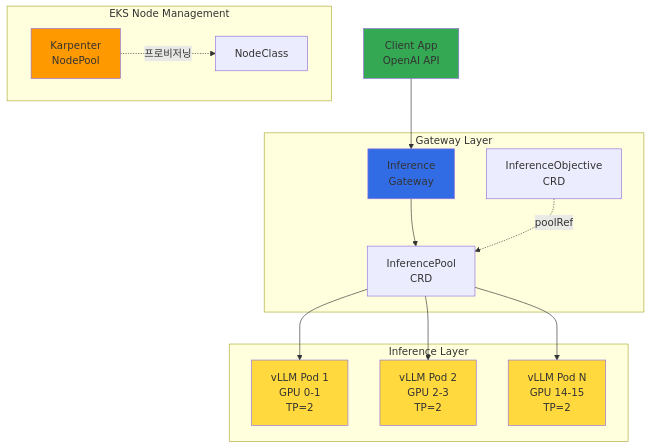
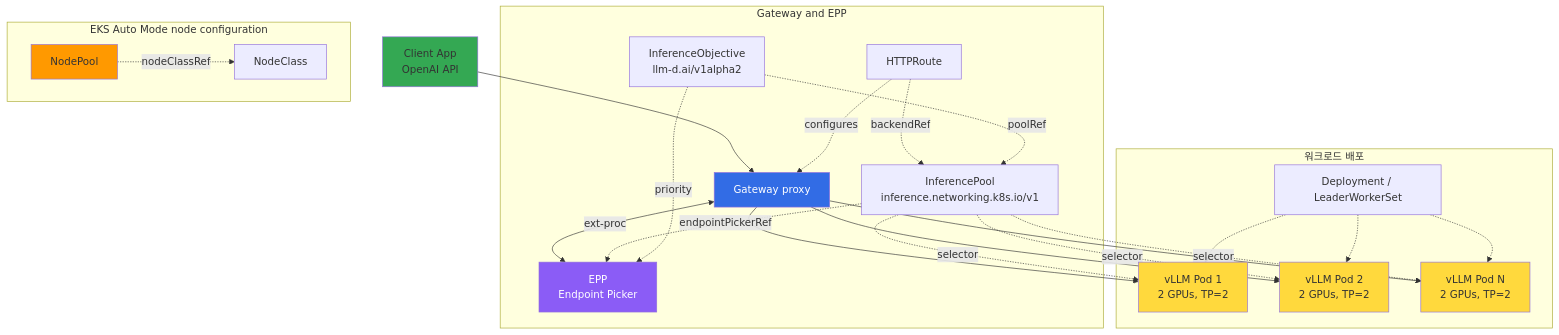
One commit to devfloor9/engineering-playbook changed the first of 4 diagrams in docs/agentic-ai-platform/model-serving/inference-frameworks/llm-d-eks-automode.md. Above: the diagram before and after it, drawn with Mermaid. The commit also changed other lines of this file and 10 other files, not shown here.

First line of the commit message:
docs: reconcile llm-d routing and workload guidance

````diff
--- a/docs/agentic-ai-platform/model-serving/inference-frameworks/llm-d-eks-automode.md
+++ b/docs/agentic-ai-platform/model-serving/inference-frameworks/llm-d-eks-automode.md
@@ -74,36 +75,45 @@
 ```mermaid
 flowchart TB
     CLIENT[Client App<br/>OpenAI API]
-
-    subgraph Gateway["Gateway Layer"]
-        GW[Inference<br/>Gateway]
-        IO[InferenceObjective<br/>CRD]
-        IP[InferencePool<br/>CRD]
+    subgraph Routing["Gateway and EPP"]
+        GW[Gateway proxy]
+        EPP[EPP<br/>Endpoint Picker]
+        HR[HTTPRoute]
+        IP[InferencePool<br/>inference.networking.k8s.io/v1]
+        IO[InferenceObjective<br/>llm-d.ai/v1alpha2]
     end
-
-    subgraph Inference["Inference Layer"]
-        V1[vLLM Pod 1<br/>GPU 0-1<br/>TP=2]
-        V2[vLLM Pod 2<br/>GPU 2-3<br/>TP=2]
-        VN[vLLM Pod N<br/>GPU 14-15<br/>TP=2]
+    subgraph Workload["워크로드 배포"]
+        DEP[Deployment / LeaderWorkerSet]
+        V1[vLLM Pod 1<br/>2 GPUs, TP=2]
+        V2[vLLM Pod 2<br/>2 GPUs, TP=2]
+        VN[vLLM Pod N<br/>2 GPUs, TP=2]
     end
-
-    subgraph NodeMgmt["EKS Node Management"]
-        NP[Karpenter<br/>NodePool]
+    subgraph Nodes["EKS Auto Mode node configuration"]
+        NP[NodePool]
         NC[NodeClass]
     end
-
     CLIENT --> GW
-    GW --> IP
+    GW <-->|ext-proc| EPP
+    GW --> V1
+    GW --> V2
+    GW --> VN
+    HR -.->|configures| GW
+    HR -.->|backendRef| IP
+    IP -.->|endpointPickerRef| EPP
+    IP -.->|selector| V1
+    IP -.->|selector| V2
+    IP -.->|selector| VN
     IO -.->|poolRef| IP
-    IP --> V1
-    IP --> V2
-    IP --> VN
-    NP -.->|프로비저닝| NC
-
+    IO -.->|priority| EPP
+    DEP -.-> V1
+    DEP -.-> V2
+    DEP -.-> VN
+    NP -.->|nodeClassRef| NC
     style CLIENT fill:#34a853
-    style GW fill:#326ce5
+    style GW fill:#326ce5,color:#fff
+    style EPP fill:#8b5cf6,color:#fff
     style V1 fill:#ffd93d
     style V2 fill:#ffd93d
     style VN fill:#ffd93d
     style NP fill:#ff9900
 ```
````
